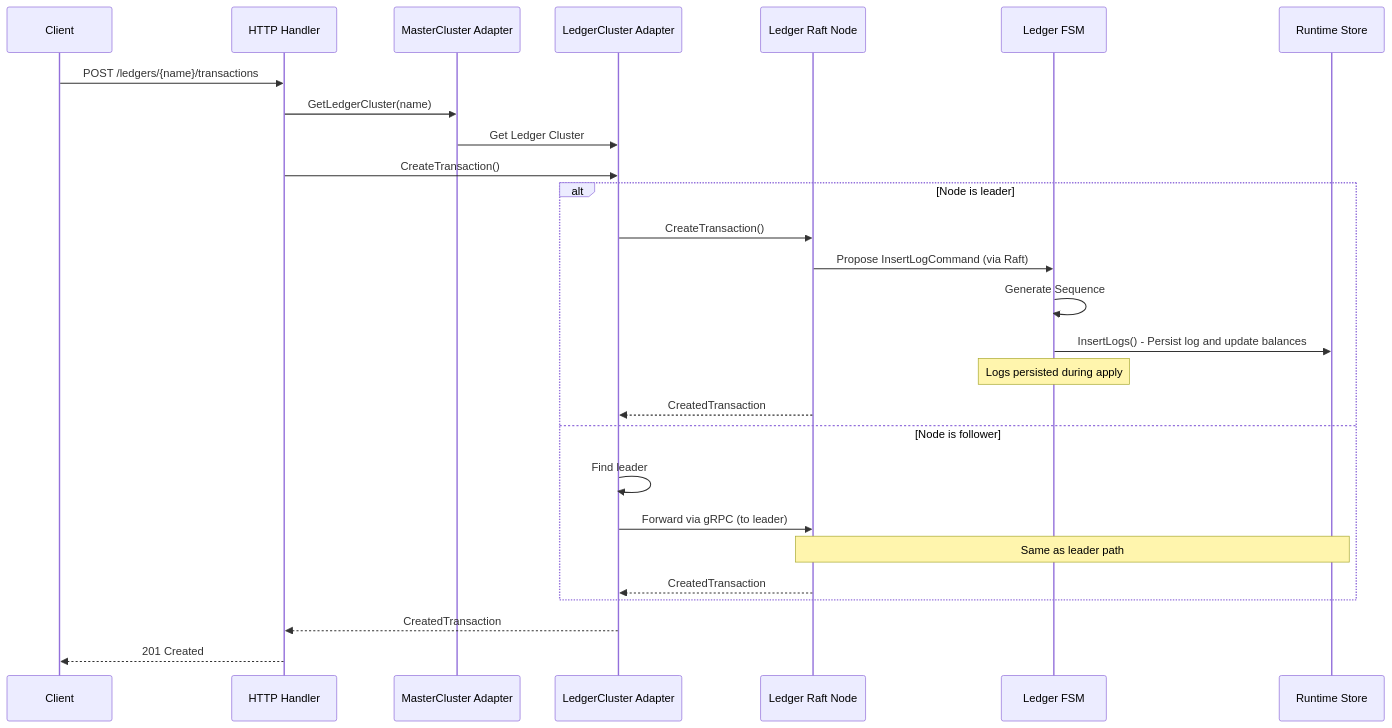
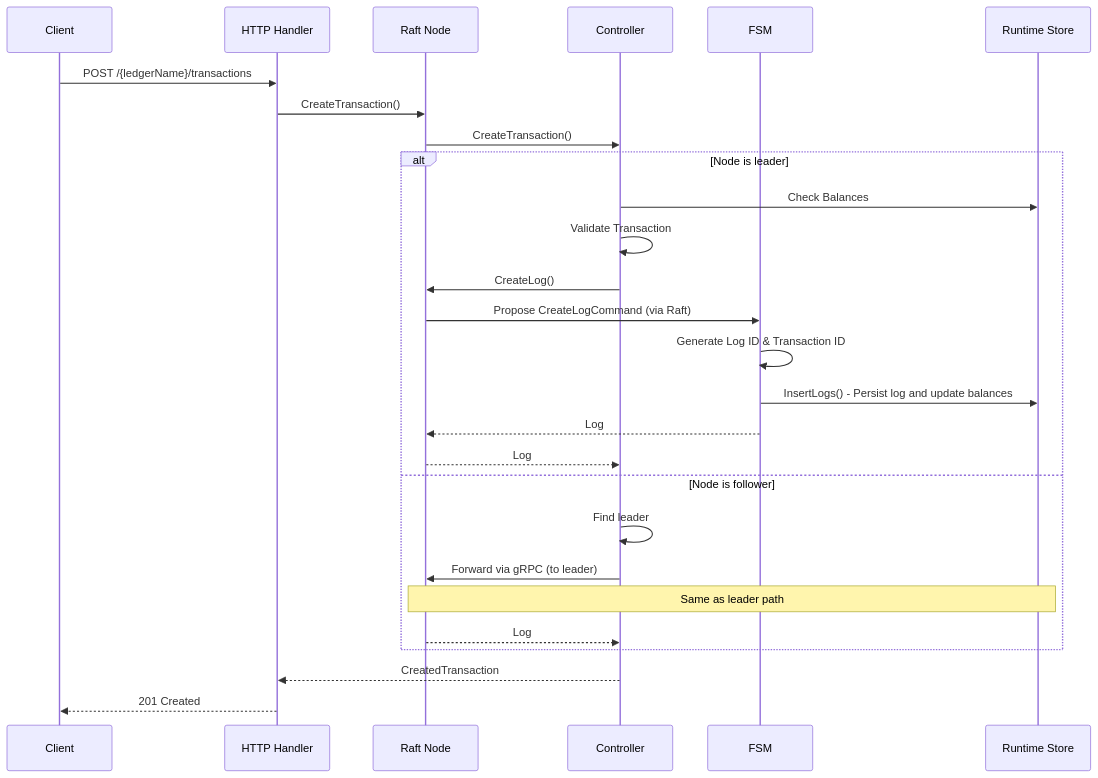
One commit to formancehq/ledger changed the fifth of 6 diagrams in docs/architecture.md. Above: the diagram before and after it, drawn with Mermaid. The commit also changed other lines of this file and 41 other files, not shown here.

````diff
--- a/docs/architecture.md
+++ b/docs/architecture.md
@@ -217,32 +203,32 @@
 ```mermaid
 sequenceDiagram
     participant Client
     participant HTTP as HTTP Handler
-    participant MasterCluster as MasterCluster Adapter
-    participant LedgerCluster as LedgerCluster Adapter
-    participant LedgerNode as Ledger Raft Node
-    participant LedgerFSM as Ledger FSM
+    participant RaftNode as Raft Node
+    participant Controller as Controller
+    participant FSM as FSM
     participant RuntimeStore as Runtime Store
     
-    Client->>HTTP: POST /ledgers/{name}/transactions
-    HTTP->>MasterCluster: GetLedgerCluster(name)
-    MasterCluster->>LedgerCluster: Get Ledger Cluster
-    HTTP->>LedgerCluster: CreateTransaction()
+    Client->>HTTP: POST /{ledgerName}/transactions
+    HTTP->>RaftNode: CreateTransaction()
+    RaftNode->>Controller: CreateTransaction()
     
     alt Node is leader
-        LedgerCluster->>LedgerNode: CreateTransaction()
-        LedgerNode->>LedgerFSM: Propose InsertLogCommand (via Raft)
-        LedgerFSM->>LedgerFSM: Generate Sequence
-        LedgerFSM->>RuntimeStore: InsertLogs() - Persist log and update balances
-        Note over LedgerFSM: Logs persisted during apply
-        LedgerNode-->>LedgerCluster: CreatedTransaction
+        Controller->>RuntimeStore: Check Balances
+        Controller->>Controller: Validate Transaction
+        Controller->>RaftNode: CreateLog()
+        RaftNode->>FSM: Propose CreateLogCommand (via Raft)
+        FSM->>FSM: Generate Log ID & Transaction ID
+        FSM->>RuntimeStore: InsertLogs() - Persist log and update balances
+        FSM-->>RaftNode: Log
+        RaftNode-->>Controller: Log
     else Node is follower
-        LedgerCluster->>LedgerCluster: Find leader
-        LedgerCluster->>LedgerNode: Forward via gRPC (to leader)
-        Note over LedgerNode,RuntimeStore: Same as leader path
-        LedgerNode-->>LedgerCluster: CreatedTransaction
+        Controller->>Controller: Find leader
+        Controller->>RaftNode: Forward via gRPC (to leader)
+        Note over RaftNode,RuntimeStore: Same as leader path
+        RaftNode-->>Controller: Log
     end
     
-    LedgerCluster-->>HTTP: CreatedTransaction
+    Controller-->>HTTP: CreatedTransaction
     HTTP-->>Client: 201 Created
 ```
````
